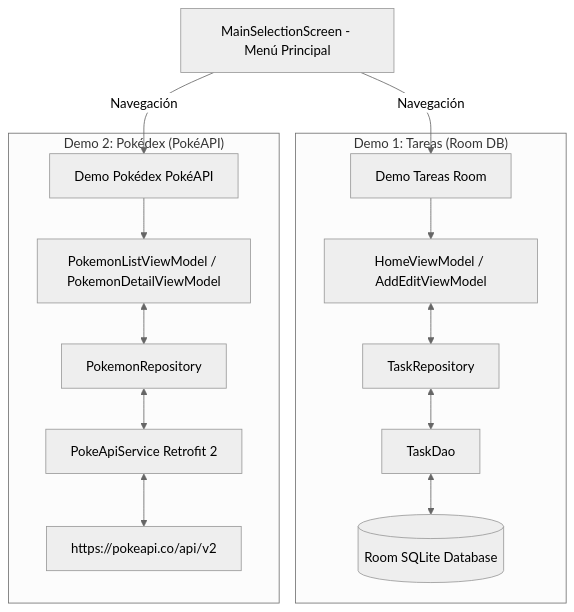
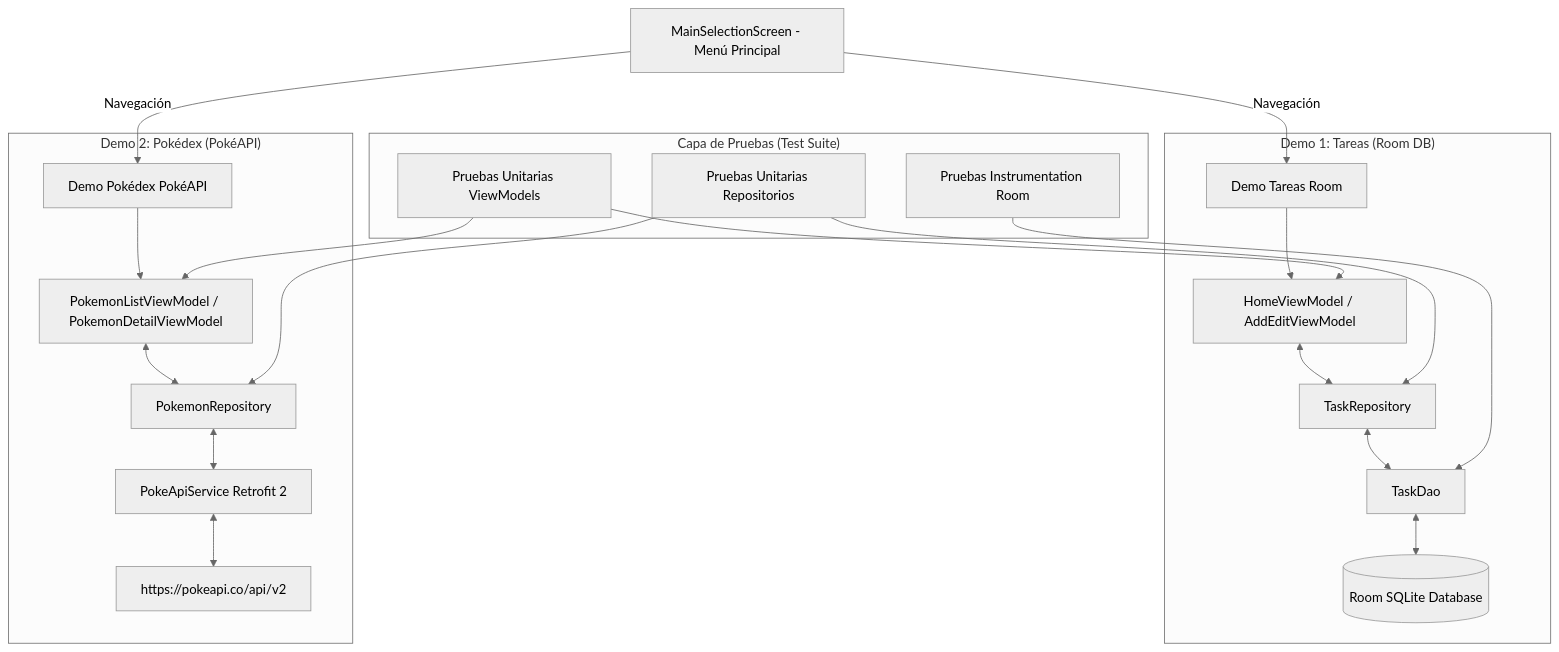
Before and after one commit to kenwhiston/ArchitectureMobileApp: the diagram in README.md, drawn with Mermaid (neutral theme). The commit also changed other lines of this file and 11 other files, not shown here.

````diff
--- a/README.md
+++ b/README.md
@@ -14,19 +13,25 @@
 ```mermaid
 graph TD
     MENU[MainSelectionScreen - Menú Principal] --> |Navegación| DEMO1[Demo Tareas Room]
     MENU --> |Navegación| DEMO2[Demo Pokédex PokéAPI]
 
     subgraph "Demo 1: Tareas (Room DB)"
         DEMO1 --> TASK_VM[HomeViewModel / AddEditViewModel]
         TASK_VM <--> TASK_REPO[TaskRepository]
         TASK_REPO <--> TASK_DAO[TaskDao]
         TASK_DAO <--> ROOM[(Room SQLite Database)]
     end
 
     subgraph "Demo 2: Pokédex (PokéAPI)"
         DEMO2 --> POKEMON_VM[PokemonListViewModel / PokemonDetailViewModel]
         POKEMON_VM <--> POKEMON_REPO[PokemonRepository]
         POKEMON_REPO <--> RETROFIT[PokeApiService Retrofit 2]
         RETROFIT <--> API[https://pokeapi.co/api/v2]
     end
+
+    subgraph "Capa de Pruebas (Test Suite)"
+        TESTS_VM[Pruebas Unitarias ViewModels] --> TASK_VM & POKEMON_VM
+        TESTS_REPO[Pruebas Unitarias Repositorios] --> TASK_REPO & POKEMON_REPO
+        TESTS_DAO[Pruebas Instrumentation Room] --> TASK_DAO
+    end
 ```
````
